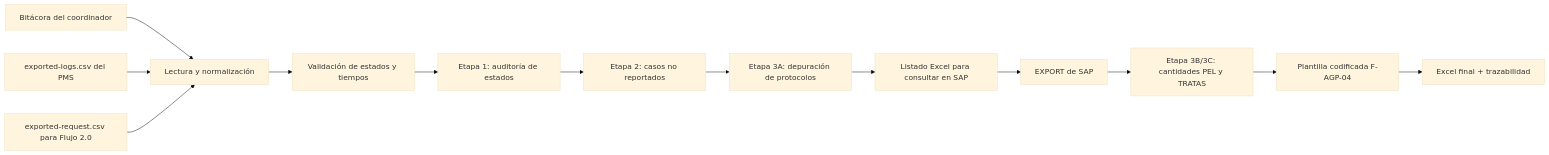
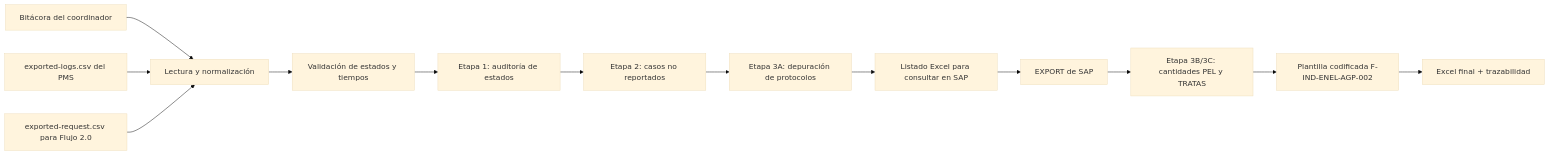
One commit to JuanSebastianFernandez/Validador_Bitacoras changed the diagram in MANUAL_FUNCIONAL_REVISOR_BITACORAS.md. Above: the diagram before and after it, drawn with Mermaid (base theme). The commit also changed other lines of this file and 9 other files, not shown here.

````diff
--- a/MANUAL_FUNCIONAL_REVISOR_BITACORAS.md
+++ b/MANUAL_FUNCIONAL_REVISOR_BITACORAS.md
@@ -78,15 +78,15 @@
 ```mermaid
 flowchart LR
     A[Bitácora del coordinador] --> D[Lectura y normalización]
     B[exported-logs.csv del PMS] --> D
     C[exported-request.csv para Flujo 2.0] --> D
     D --> E[Validación de estados y tiempos]
     E --> F[Etapa 1: auditoría de estados]
     F --> G[Etapa 2: casos no reportados]
     G --> H[Etapa 3A: depuración de protocolos]
     H --> I[Listado Excel para consultar en SAP]
     I --> J[EXPORT de SAP]
     J --> K[Etapa 3B/3C: cantidades PEL y TRATAS]
-    K --> L[Plantilla codificada F-AGP-04]
+    K --> L[Plantilla codificada F-IND-ENEL-AGP-002]
     L --> M[Excel final + trazabilidad]
 ```
````
